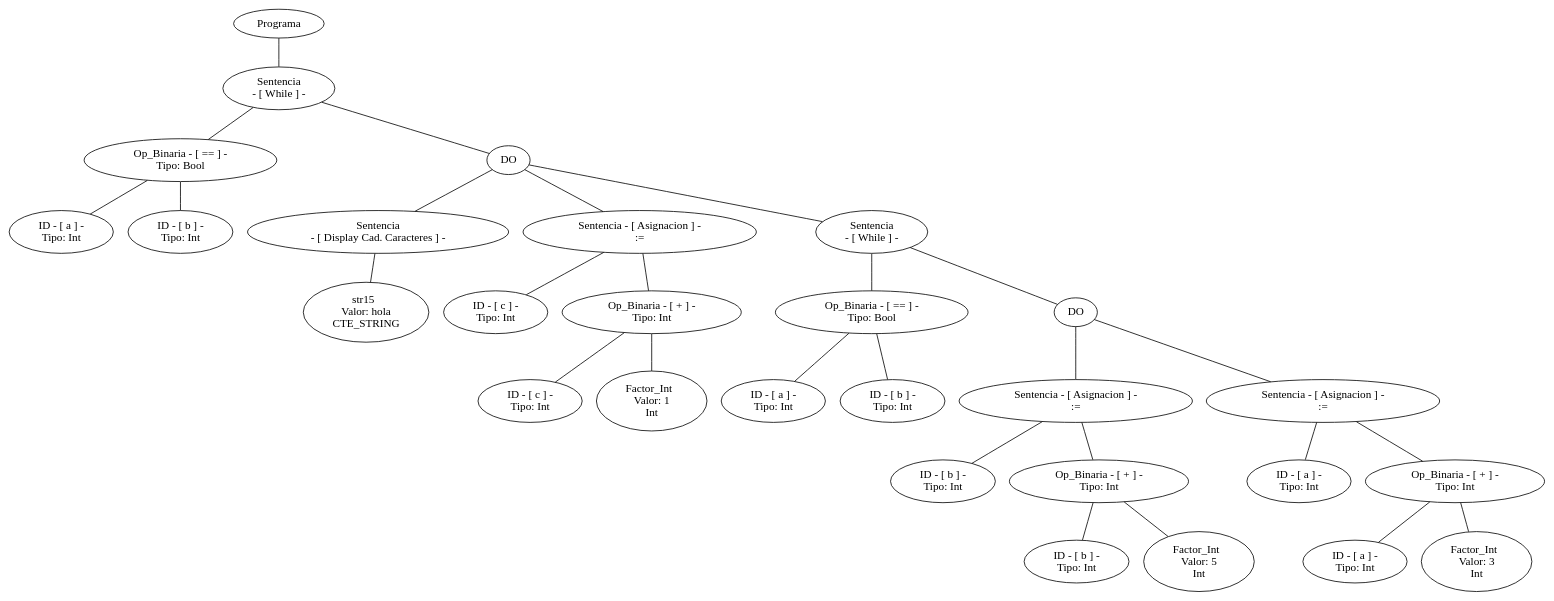
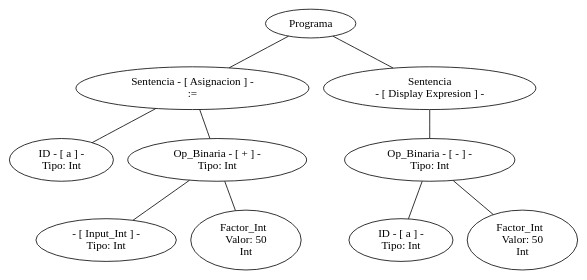
One commit to SantiPerez17/Compiladores changed the diagram in arbol.dot. Above: the diagram before and after it, drawn with Graphviz. The commit also changed 8 other files, not shown here.

```diff
--- a/arbol.dot
+++ b/arbol.dot
@@ -1,85 +1,31 @@
 graph G {nodo_programa[label="Programa"]
-nodo_1206660229[label="Sentencia
- - [ While ] -"]
-nodo_programa--nodo_1206660229
-nodo_1815674630[label=" Op_Binaria - [ == ] - 
- Tipo: Bool"]
-nodo_1206660229--nodo_1815674630
-nodo_1775156878[label=" ID - [ a ] - 
+nodo_1321636707[label="Sentencia - [ Asignacion ] -
+ :="]
+nodo_programa--nodo_1321636707
+nodo_1525695728[label=" ID - [ a ] - 
  Tipo: Int"]
-nodo_1815674630--nodo_1775156878
-nodo_1335105062[label=" ID - [ b ] - 
+nodo_1321636707--nodo_1525695728
+nodo_1201000590[label=" Op_Binaria - [ + ] - 
  Tipo: Int"]
-nodo_1815674630--nodo_1335105062
-nodo_12066602291[label="DO"]
-nodo_1206660229--nodo_12066602291
-nodo_267896023[label="Sentencia
- - [ Display Cad. Caracteres ] -"]
-nodo_12066602291--nodo_267896023
-nodo_1621955009[label="str15  
- Valor: hola 
-CTE_STRING"]
-nodo_267896023--nodo_1621955009
-nodo_859768763[label="Sentencia - [ Asignacion ] -
- :="]
-nodo_12066602291--nodo_859768763
-nodo_2012327799[label=" ID - [ c ] - 
+nodo_1321636707--nodo_1201000590
+nodo_1972215778[label="- [ Input_Int ] - 
  Tipo: Int"]
-nodo_859768763--nodo_2012327799
-nodo_1777485983[label=" Op_Binaria - [ + ] - 
+nodo_1201000590--nodo_1972215778
+nodo_608521281[label="Factor_Int  
+ Valor: 50 
+Int"]
+nodo_1201000590--nodo_608521281
+nodo_1995712917[label="Sentencia
+ - [ Display Expresion ] -"]
+nodo_programa--nodo_1995712917
+nodo_1247507679[label=" Op_Binaria - [ - ] - 
  Tipo: Int"]
-nodo_859768763--nodo_1777485983
-nodo_80975355[label=" ID - [ c ] - 
+nodo_1995712917--nodo_1247507679
+nodo_1470982102[label=" ID - [ a ] - 
  Tipo: Int"]
-nodo_1777485983--nodo_80975355
-nodo_1081524910[label="Factor_Int  
- Valor: 1 
+nodo_1247507679--nodo_1470982102
+nodo_1501826598[label="Factor_Int  
+ Valor: 50 
 Int"]
-nodo_1777485983--nodo_1081524910
-nodo_10621368[label="Sentencia
- - [ While ] -"]
-nodo_12066602291--nodo_10621368
-nodo_1377751868[label=" Op_Binaria - [ == ] - 
- Tipo: Bool"]
-nodo_10621368--nodo_1377751868
-nodo_178166013[label=" ID - [ a ] - 
- Tipo: Int"]
-nodo_1377751868--nodo_178166013
-nodo_425139570[label=" ID - [ b ] - 
- Tipo: Int"]
-nodo_1377751868--nodo_425139570
-nodo_106213681[label="DO"]
-nodo_10621368--nodo_106213681
-nodo_1153360509[label="Sentencia - [ Asignacion ] -
- :="]
-nodo_106213681--nodo_1153360509
-nodo_848257256[label=" ID - [ b ] - 
- Tipo: Int"]
-nodo_1153360509--nodo_848257256
-nodo_1612532337[label=" Op_Binaria - [ + ] - 
- Tipo: Int"]
-nodo_1153360509--nodo_1612532337
-nodo_1059540439[label=" ID - [ b ] - 
- Tipo: Int"]
-nodo_1612532337--nodo_1059540439
-nodo_1098933182[label="Factor_Int  
- Valor: 5 
-Int"]
-nodo_1612532337--nodo_1098933182
-nodo_980908631[label="Sentencia - [ Asignacion ] -
- :="]
-nodo_106213681--nodo_980908631
-nodo_1824745836[label=" ID - [ a ] - 
- Tipo: Int"]
-nodo_980908631--nodo_1824745836
-nodo_166321181[label=" Op_Binaria - [ + ] - 
- Tipo: Int"]
-nodo_980908631--nodo_166321181
-nodo_1106396872[label=" ID - [ a ] - 
- Tipo: Int"]
-nodo_166321181--nodo_1106396872
-nodo_61690075[label="Factor_Int  
- Valor: 3 
-Int"]
-nodo_166321181--nodo_61690075
+nodo_1247507679--nodo_1501826598
 }
```
